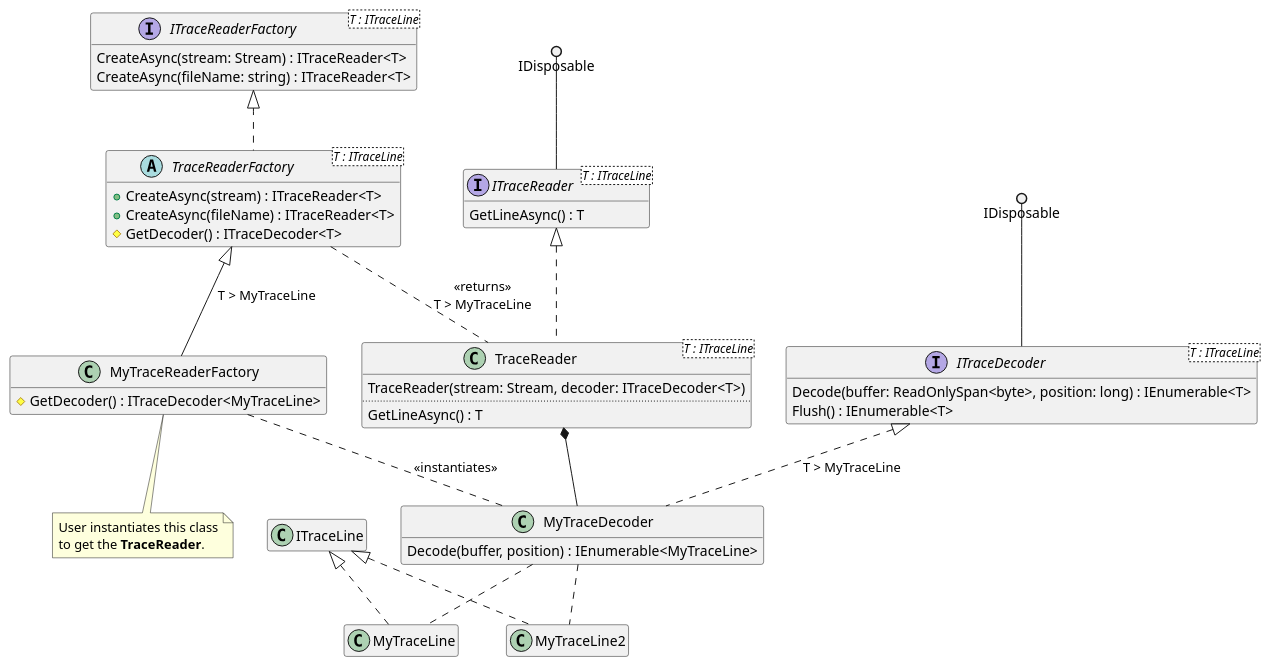
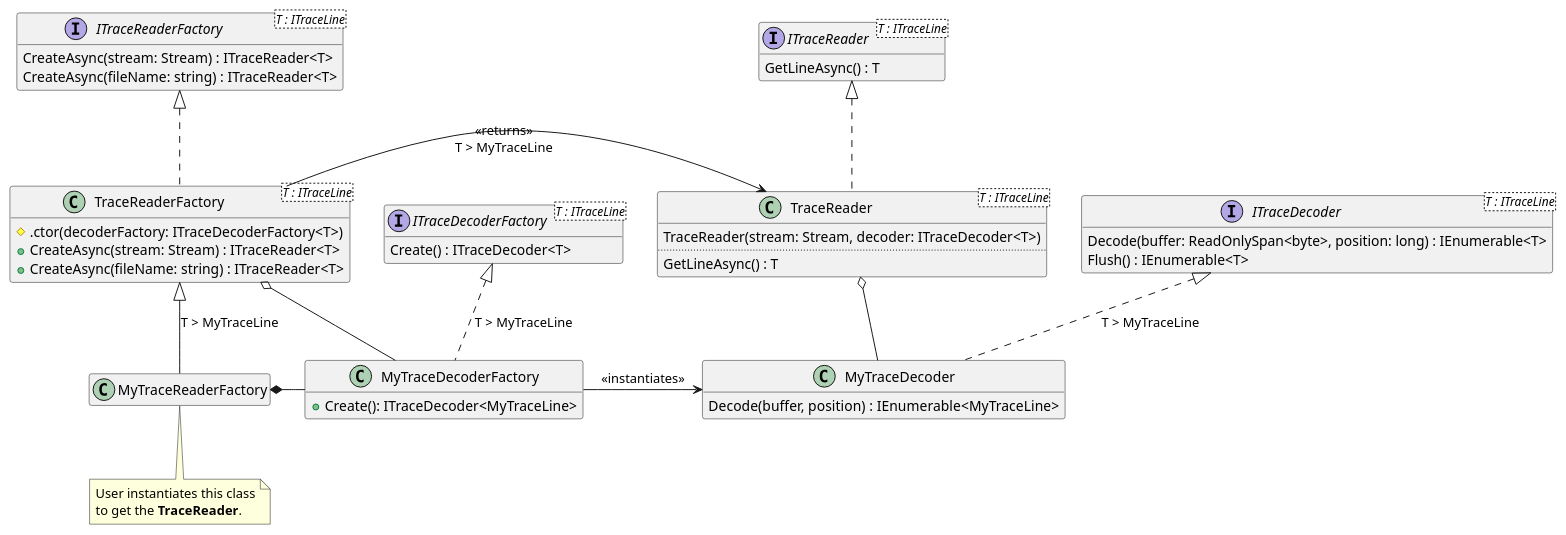
The diagram in docs/diagrams/ITraceDecoder.plantuml (jcurl/RJCP.DLL.Log), drawn with PlantUML before and after one commit. The commit also changed 38 other files, not shown here.

```diff
--- a/docs/diagrams/ITraceDecoder.plantuml
+++ b/docs/diagrams/ITraceDecoder.plantuml
@@ -1,61 +1,62 @@
 @startuml ITraceDecoder
 hide empty members
 
 interface ITraceReader<T : ITraceLine> {
     GetLineAsync() : T
+}
+
+interface ITraceDecoderFactory<T : ITraceLine> {
+    Create() : ITraceDecoder<T>
+}
+
+interface ITraceReaderFactory<T : ITraceLine> {
+    CreateAsync(stream: Stream) : ITraceReader<T>
+    CreateAsync(fileName: string) : ITraceReader<T>
+}
+
+interface ITraceDecoder<T : ITraceLine> {
+    Decode(buffer: ReadOnlySpan<byte>, position: long) : IEnumerable<T>
+    Flush() : IEnumerable<T>
+}
+
+class TraceReaderFactory<T : ITraceLine> {
+    #.ctor(decoderFactory: ITraceDecoderFactory<T>)
+    +CreateAsync(stream: Stream) : ITraceReader<T>
+    +CreateAsync(fileName: string) : ITraceReader<T>
 }
 
 class TraceReader<T : ITraceLine> {
     TraceReader(stream: Stream, decoder: ITraceDecoder<T>)
     ..
     GetLineAsync() : T
 }
 
-interface ITraceReaderFactory<T : ITraceLine> {
-    CreateAsync(stream: Stream) : ITraceReader<T>
-    CreateAsync(fileName: string) : ITraceReader<T>
-}
+ITraceReaderFactory <|.. TraceReaderFactory
 
-abstract class TraceReaderFactory<T : ITraceLine> {
-    +CreateAsync(stream) : ITraceReader<T>
-    +CreateAsync(fileName) : ITraceReader<T>
-    #GetDecoder() : ITraceDecoder<T>
-}
+TraceReader .u.|> ITraceReader
+TraceReaderFactory -r-> TraceReader : <<returns>>\nT > MyTraceLine
 
-class MyTraceReaderFactory {
-    #GetDecoder() : ITraceDecoder<MyTraceLine>
-}
+class MyTraceReaderFactory { }
 note bottom
     User instantiates this class
     to get the <b>TraceReader</b>.
 end note
 
-interface ITraceDecoder<T : ITraceLine> {
-    Decode(buffer: ReadOnlySpan<byte>, position: long) : IEnumerable<T>
-    Flush() : IEnumerable<T>
+class MyTraceDecoderFactory {
+    +Create(): ITraceDecoder<MyTraceLine>
 }
+
+MyTraceDecoderFactory .u.|> ITraceDecoderFactory : T > MyTraceLine
+MyTraceDecoderFactory -r-> MyTraceDecoder : <<instantiates>>
 
 class MyTraceDecoder {
     Decode(buffer, position) : IEnumerable<MyTraceLine>
 }
 
-'interface ITraceLine
-class MyTraceLine
-class MyTraceLine2
+MyTraceDecoder .u.|> ITraceDecoder : T > MyTraceLine
+MyTraceDecoder -u-o TraceReader
 
-IDisposable ()-- ITraceDecoder
-IDisposable ()-- ITraceReader
-ITraceLine <|.. MyTraceLine
-ITraceLine <|.. MyTraceLine2
-'ITraceReaderFactory . ITraceReader
-ITraceReaderFactory <|.. TraceReaderFactory
 TraceReaderFactory <|-- MyTraceReaderFactory : T > MyTraceLine
-ITraceReader <|.. TraceReader
-ITraceDecoder <|.. MyTraceDecoder : T > MyTraceLine
-
-TraceReader *-- MyTraceDecoder
-MyTraceReaderFactory .. MyTraceDecoder : <<instantiates>>
-TraceReaderFactory .. TraceReader : <<returns>>\nT > MyTraceLine
-MyTraceDecoder .. MyTraceLine
-MyTraceDecoder .. MyTraceLine2
+MyTraceReaderFactory *-r- MyTraceDecoderFactory
+TraceReaderFactory o- MyTraceDecoderFactory
 @enduml
```
